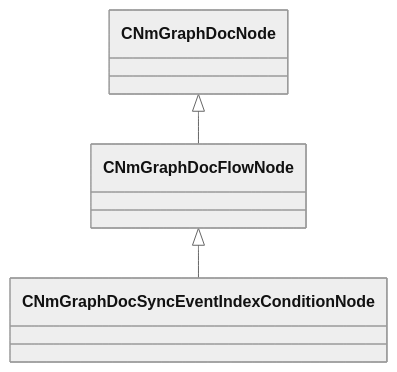
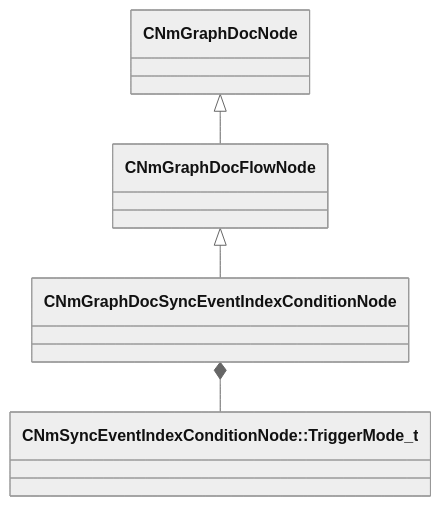
The diagram in docs/generated/schemas/animdoclib/CNmGraphDocSyncEventIndexConditionNode.md (CS2OpenDev/CS2OpenDev-Docs), drawn with Mermaid (neutral theme) before and after one commit. The commit also changed other lines of this file and 4525 other files, not shown here.

````diff
--- a/docs/generated/schemas/animdoclib/CNmGraphDocSyncEventIndexConditionNode.md
+++ b/docs/generated/schemas/animdoclib/CNmGraphDocSyncEventIndexConditionNode.md
@@ -17,5 +19,6 @@
 ```mermaid
 classDiagram
     CNmGraphDocFlowNode <|-- CNmGraphDocSyncEventIndexConditionNode
     CNmGraphDocNode <|-- CNmGraphDocFlowNode
+    CNmGraphDocSyncEventIndexConditionNode *-- `CNmSyncEventIndexConditionNode::TriggerMode_t`
 ```
````
